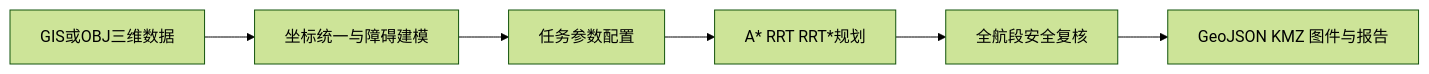
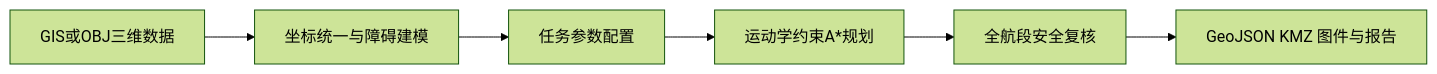
Before and after one commit to lime58/UAV: the diagram in README.md, drawn with Mermaid (forest theme). The commit also changed other lines of this file and 21 other files, not shown here.

````diff
--- a/README.md
+++ b/README.md
@@ -5,8 +5,8 @@
 ```mermaid
 flowchart LR
     A[GIS或OBJ三维数据] --> B[坐标统一与障碍建模]
     B --> C[任务参数配置]
-    C --> D[A* RRT RRT*规划]
+    C --> D[运动学约束A*规划]
     D --> E[全航段安全复核]
     E --> F[GeoJSON KMZ 图件与报告]
 ```
````
